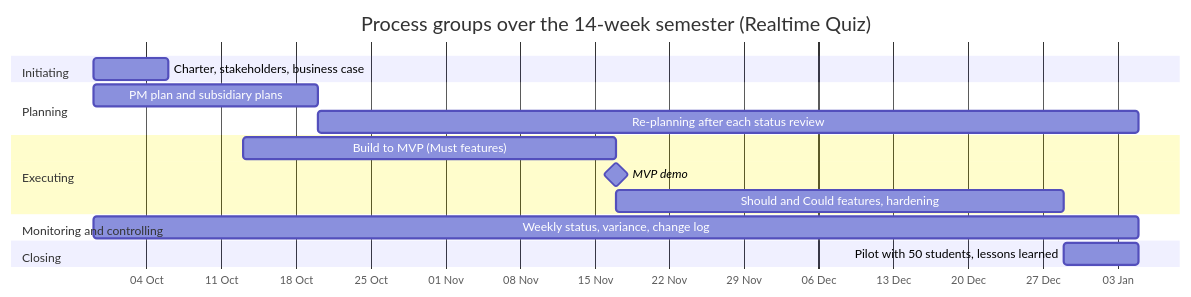
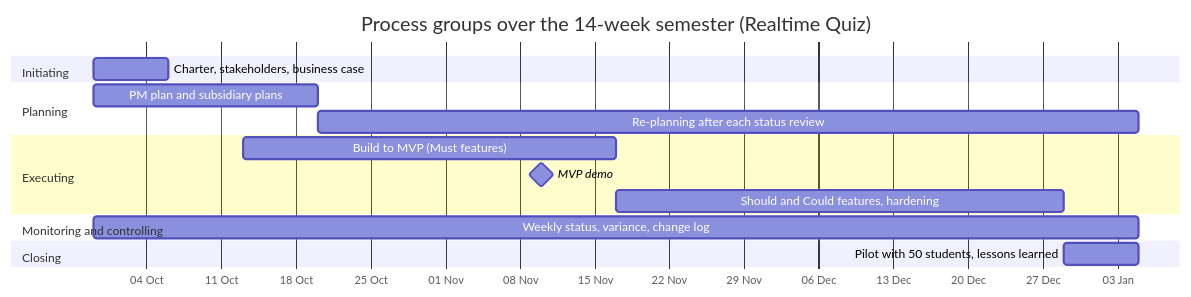
One commit to chiv-int/pm-plan-chivinthera changed the diagram in lab01/process-groups.md. Above: the diagram before and after it, drawn with Mermaid. The commit also changed 3 other files, not shown here.

Commit message:
Lab-01: fix review issues (Gantt MVP date, business-case figure, README format, PM name)

````diff
--- a/lab01/process-groups.md
+++ b/lab01/process-groups.md
@@ -13,19 +13,19 @@
 ```mermaid
 gantt
   title Process groups over the 14-week semester (Realtime Quiz)
   dateFormat YYYY-MM-DD
   axisFormat %d %b
   section Initiating
   Charter, stakeholders, business case   :i1, 2026-09-29, 7d
   section Planning
   PM plan and subsidiary plans           :p1, 2026-09-29, 21d
   Re-planning after each status review   :p2, 2026-10-20, 77d
   section Executing
   Build to MVP (Must features)           :e1, 2026-10-13, 35d
-  MVP demo                               :milestone, m1, 2026-11-17, 0d
+  MVP demo                               :milestone, m1, 2026-11-10, 0d
   Should and Could features, hardening   :e2, 2026-11-17, 42d
   section Monitoring and controlling
   Weekly status, variance, change log    :m2, 2026-09-29, 98d
   section Closing
   Pilot with 50 students, lessons learned :c1, 2026-12-29, 7d
 ```
````
